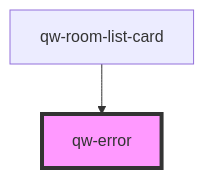
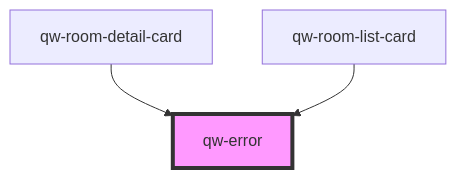
Before and after one commit to qwentes-team/qw-hotels: the diagram in src/components/shared/qw-error/readme.md, drawn with Mermaid. The commit also changed other lines of this file and 24 other files, not shown here.

Commit message:
feat(room-list): type card

````diff
--- a/src/components/shared/qw-error/readme.md
+++ b/src/components/shared/qw-error/readme.md
@@ -15,5 +16,6 @@
 ```mermaid
 graph TD;
+  qw-room-detail-card --> qw-error
   qw-room-list-card --> qw-error
   style qw-error fill:#f9f,stroke:#333,stroke-width:4px
 ```
````
